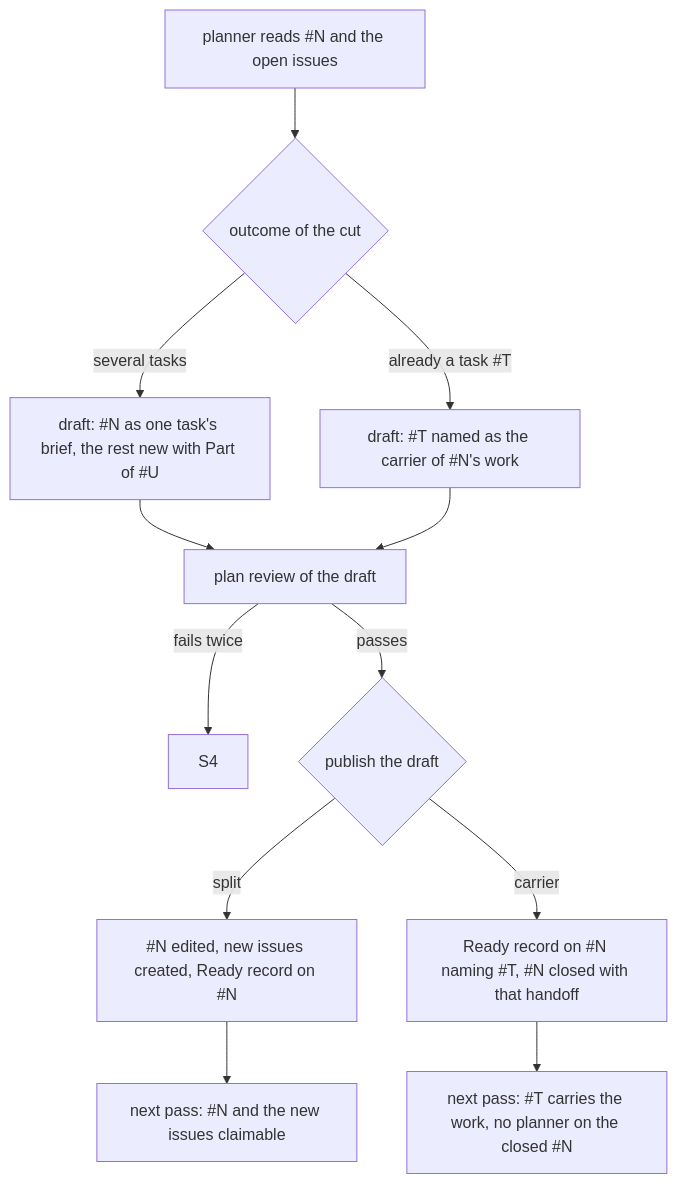
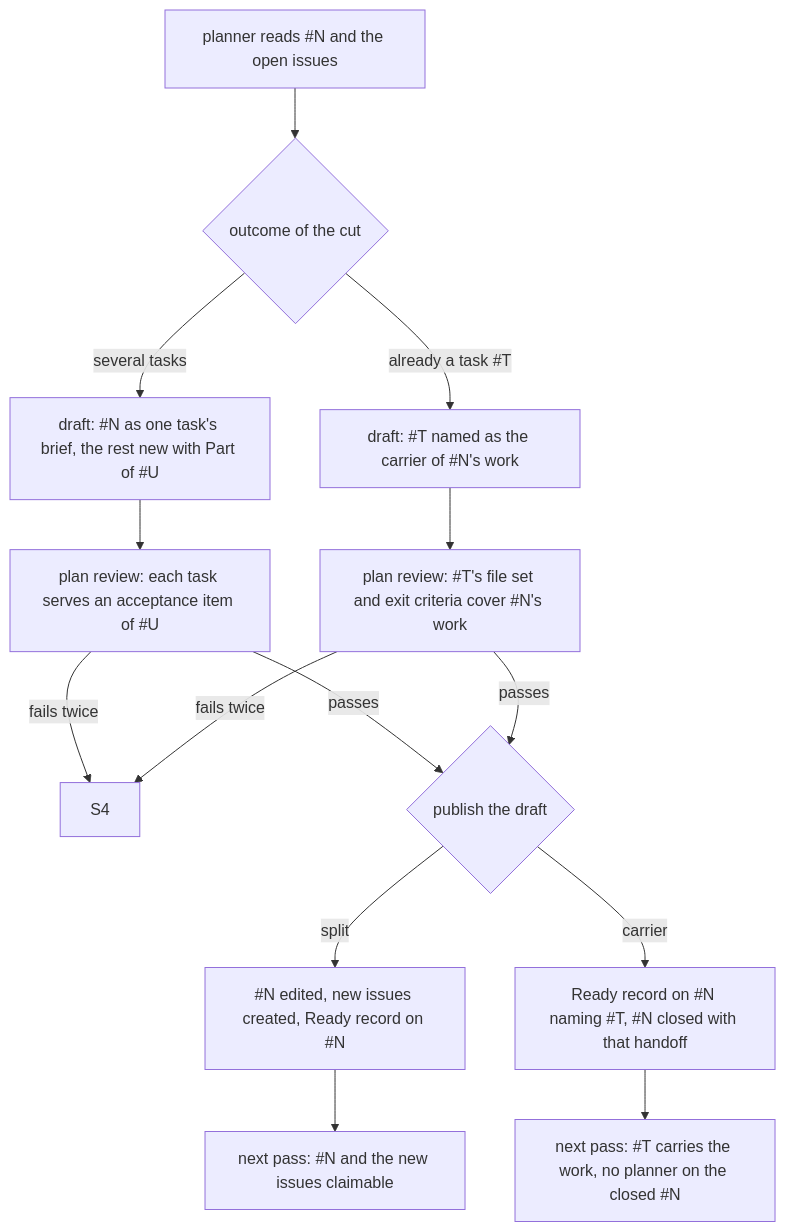
One commit to jgong5/skills changed the second of 5 diagrams in auto-item-brief.md. Above: the diagram before and after it, drawn with Mermaid. The commit also changed other lines of this file, not shown here.

Commit message:
Design: per-item draft path; plan review checks a carrier covers the item

````diff
--- a/auto-item-brief.md
+++ b/auto-item-brief.md
@@ -40,14 +38,16 @@
 ```mermaid
 flowchart TD
   A["planner reads #N and the open issues"] --> B{"outcome of the cut"}
   B -- "several tasks" --> C["draft: #N as one task's brief, the rest new with Part of #U"]
   B -- "already a task #T" --> D["draft: #T named as the carrier of #N's work"]
-  C --> E["plan review of the draft"]
-  D --> E
+  C --> E["plan review: each task serves an acceptance item of #U"]
+  D --> E2["plan review: #T's file set and exit criteria cover #N's work"]
   E -- "fails twice" --> S["S4"]
   E -- "passes" --> P{"publish the draft"}
+  E2 -- "fails twice" --> S
+  E2 -- "passes" --> P
   P -- "split" --> G["#N edited, new issues created, Ready record on #N"]
   P -- "carrier" --> H["Ready record on #N naming #T, #N closed with that handoff"]
   G --> I["next pass: #N and the new issues claimable"]
   H --> J["next pass: #T carries the work, no planner on the closed #N"]
 ```
````
